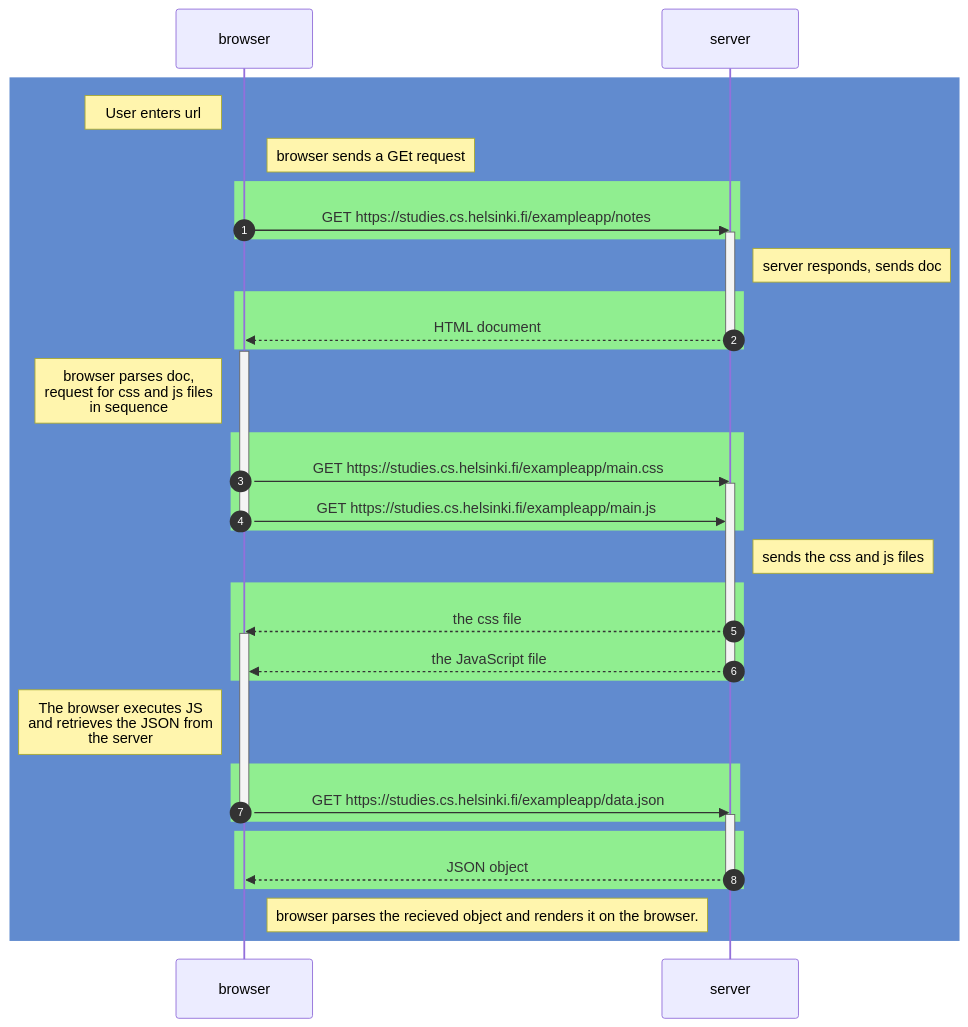
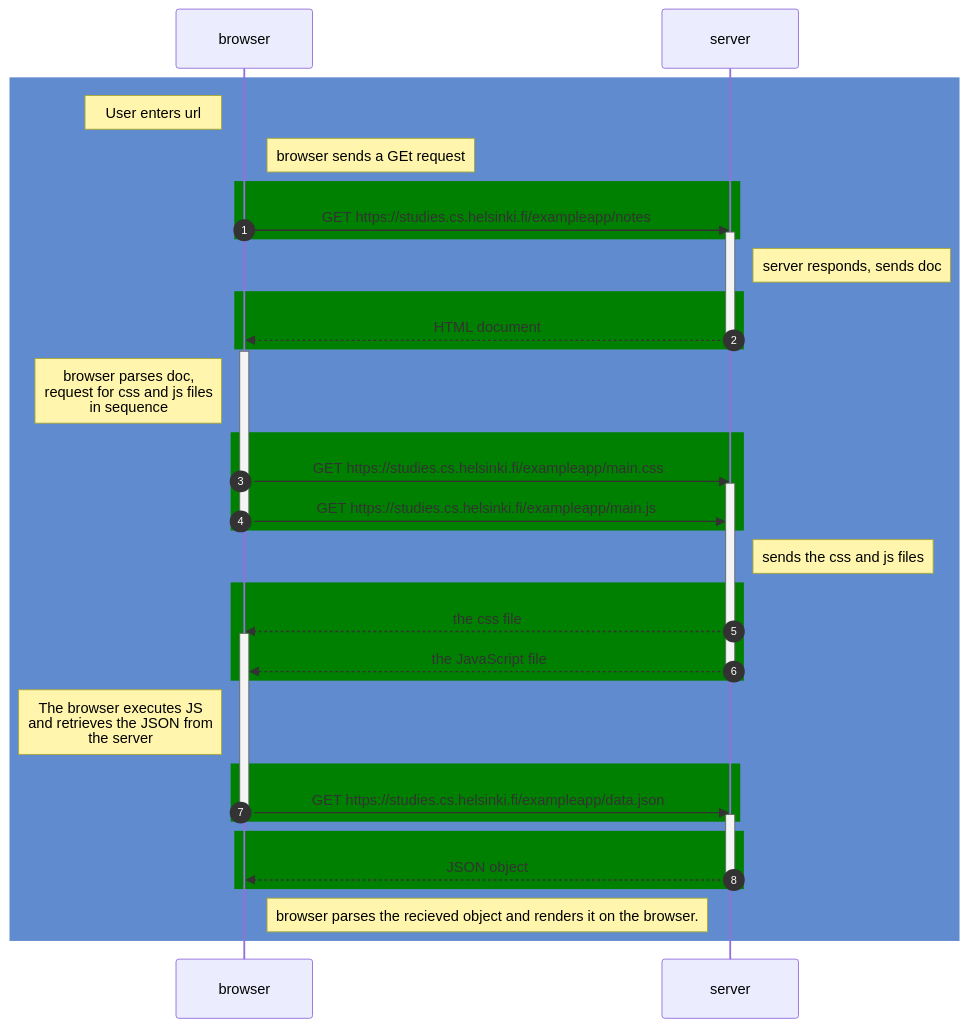
The diagram in part 0/0.4-New_note_didagram.md (uepzues/fullstackopen), drawn with Mermaid before and after one commit.

Commit message:
modified:   part 0/0.4-New_note_didagram.md

````diff
--- a/part 0/0.4-New_note_didagram.md
+++ b/part 0/0.4-New_note_didagram.md
@@ -3,54 +3,54 @@
 ```mermaid
     sequenceDiagram
     autonumber
     participant browser
     participant server
 
     rect rgb(97, 139, 207)
         note left of browser: User enters url
         note right of browser: browser sends a GEt request
-        rect lightgreen
+        rect green
         browser->>server: GET https://studies.cs.helsinki.fi/exampleapp/notes
         activate server
         end
 
         note right of server: server responds, sends doc
 
-        rect lightgreen
+        rect green
         server-->>browser: HTML document
         deactivate server
         end
 
         activate browser
         note left of browser: browser parses doc, <br> request for css and js files <br> in sequence
-        rect lightgreen
+        rect green
         browser->>server: GET https://studies.cs.helsinki.fi/exampleapp/main.css
         activate server
         browser->>server: GET https://studies.cs.helsinki.fi/exampleapp/main.js
         deactivate browser
         end
 
         note right of server: sends the css and js files
-        rect lightgreen
+        rect green
         server-->>browser: the css file
         activate browser
         server-->>browser: the JavaScript file
         deactivate server
         end
 
         Note left of browser: The browser executes JS <br> and retrieves the JSON from <br>the server
-        rect lightgreen
+        rect green
         browser->>server: GET https://studies.cs.helsinki.fi/exampleapp/data.json
         deactivate browser
         activate server
         end
 
-        rect lightgreen
+        rect green
         server-->>browser: JSON object
         deactivate server
         end
         note right of browser: browser parses the recieved object and renders it on the browser.
     end
 
 
 ```
````
